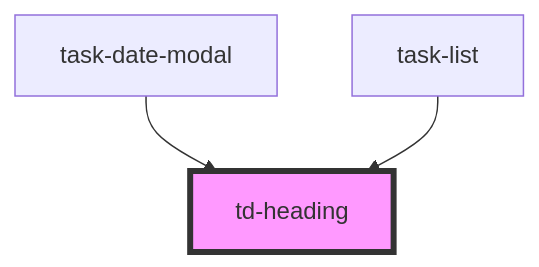
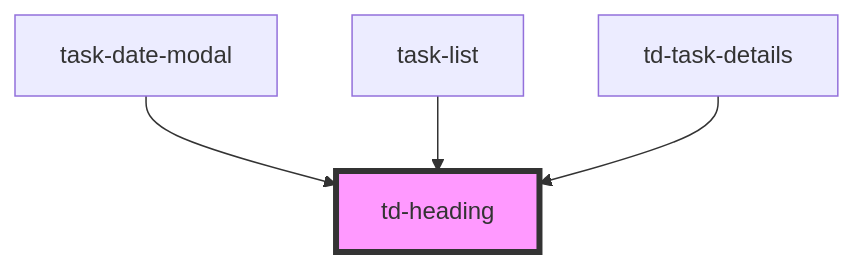
The diagram in libs/ui/src/components/td-heading/readme.md (ajarana/to-done), drawn with Mermaid before and after one commit. The commit also changed other lines of this file and 63 other files, not shown here.

Commit message:
Task details page; edit task page; mark complete; styling updates

````diff
--- a/libs/ui/src/components/td-heading/readme.md
+++ b/libs/ui/src/components/td-heading/readme.md
@@ -24,6 +25,7 @@
 ```mermaid
 graph TD;
   task-date-modal --> td-heading
   task-list --> td-heading
+  td-task-details --> td-heading
   style td-heading fill:#f9f,stroke:#333,stroke-width:4px
 ```
````
